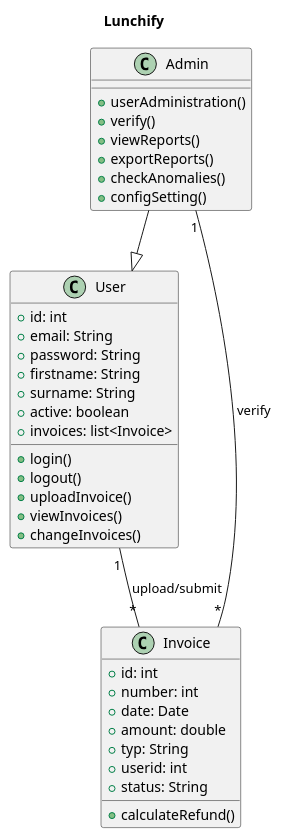
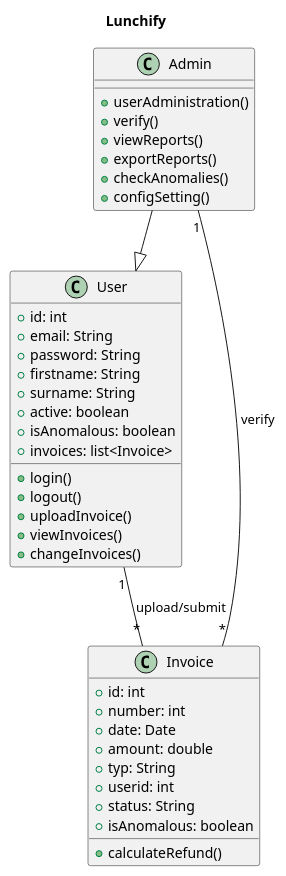
One commit to jku-win-se/teaching-2025.ss.prse.braeuer.team1 changed the diagram in UML/plantUML.md. Above: the diagram before and after it, drawn with PlantUML.

```diff
--- a/UML/plantUML.md
+++ b/UML/plantUML.md
@@ -3,44 +1,48 @@
 @startuml
 
 title Lunchify
 
 class User {
   + id: int
   + email: String
   + password: String
   + firstname: String
   + surname: String
   + active: boolean
+  + isAnomalous: boolean
   + invoices: list<Invoice>
   + login()
   + logout()
   + uploadInvoice()
   + viewInvoices()
   + changeInvoices()
 }
 
 class Admin {
   + userAdministration()
   + verify()
   + viewReports()
   + exportReports()
   + checkAnomalies()
   + configSetting()
 }
 
 class Invoice {
   + id: int
   + number: int
   + date: Date
   + amount: double
   + typ: String
   + userid: int
   + status: String
+  + isAnomalous: boolean
   + calculateRefund()
 }
 
 Admin --|> User
 User "1" -- "*" Invoice : upload/submit
 Admin "1" -- "*" Invoice : verify
 
+
+
 @enduml
```
